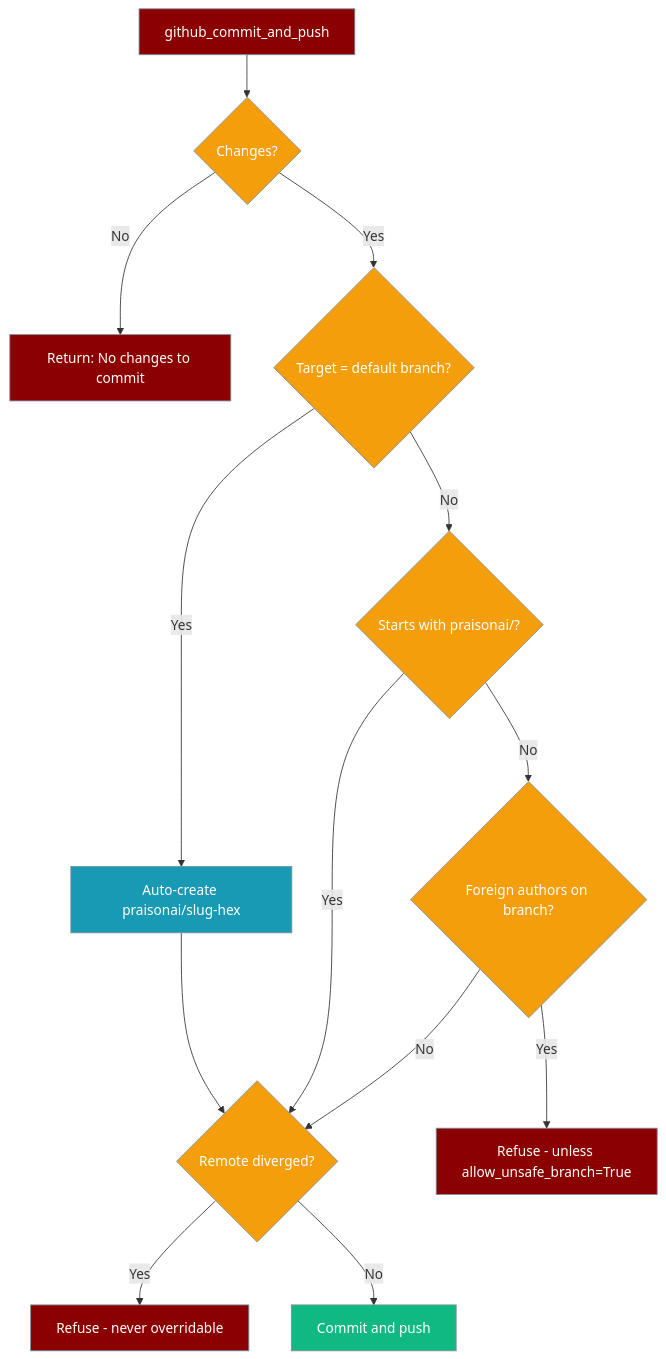
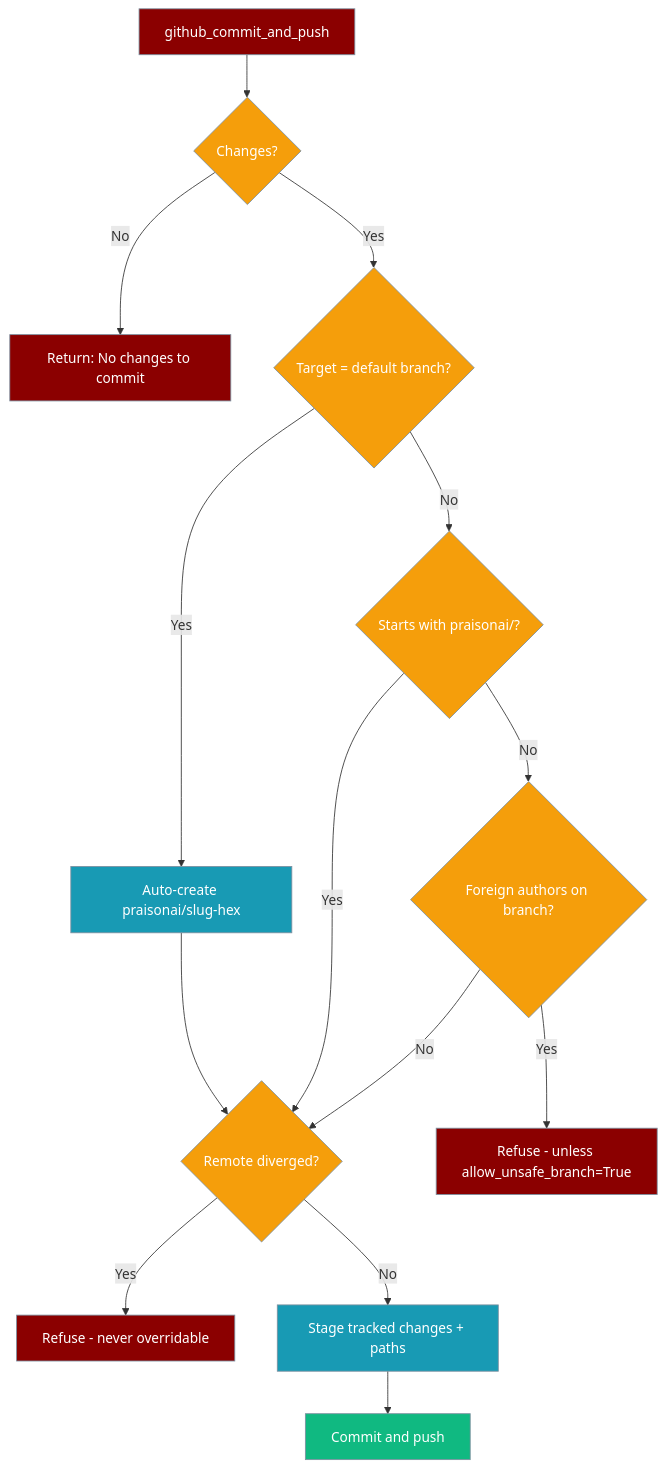
One commit to MervinPraison/PraisonAIDocs changed the third of 3 diagrams in docs/tools/github_tools.mdx. Above: the diagram before and after it, drawn with Mermaid. The commit also changed other lines of this file and 4 other files, not shown here.

````diff
--- a/docs/tools/github_tools.mdx
+++ b/docs/tools/github_tools.mdx
@@ -147,27 +154,28 @@
 ```mermaid
 graph TB
     Start[github_commit_and_push] --> HasChanges{Changes?}
     HasChanges -->|No| Noop[Return: No changes to commit]
     HasChanges -->|Yes| IsDefault{Target = default branch?}
     IsDefault -->|Yes| AutoBranch[Auto-create praisonai/slug-hex]
     IsDefault -->|No| IsAgent{Starts with praisonai/?}
     AutoBranch --> DivCheck
     IsAgent -->|Yes| DivCheck{Remote diverged?}
     IsAgent -->|No| ForeignCheck{Foreign authors on branch?}
     ForeignCheck -->|Yes| Refuse1[Refuse - unless allow_unsafe_branch=True]
     ForeignCheck -->|No| DivCheck
     DivCheck -->|Yes| Refuse2[Refuse - never overridable]
-    DivCheck -->|No| Push[Commit and push]
+    DivCheck -->|No| Stage[Stage tracked changes + paths]
+    Stage --> Push[Commit and push]
 
     classDef start fill:#8B0000,stroke:#7C90A0,color:#fff
     classDef check fill:#F59E0B,stroke:#7C90A0,color:#fff
     classDef action fill:#189AB4,stroke:#7C90A0,color:#fff
     classDef refuse fill:#8B0000,stroke:#7C90A0,color:#fff
     classDef ok fill:#10B981,stroke:#7C90A0,color:#fff
 
     class Start start
     class HasChanges,IsDefault,IsAgent,ForeignCheck,DivCheck check
-    class AutoBranch action
+    class AutoBranch,Stage action
     class Refuse1,Refuse2,Noop refuse
     class Push ok
 ```
````
